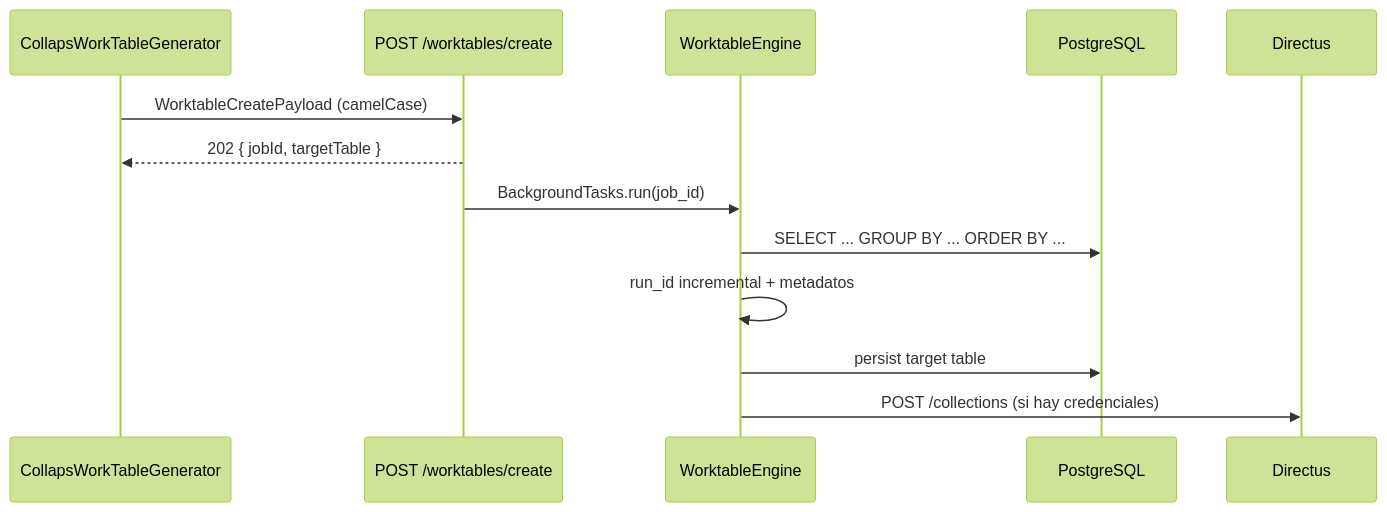
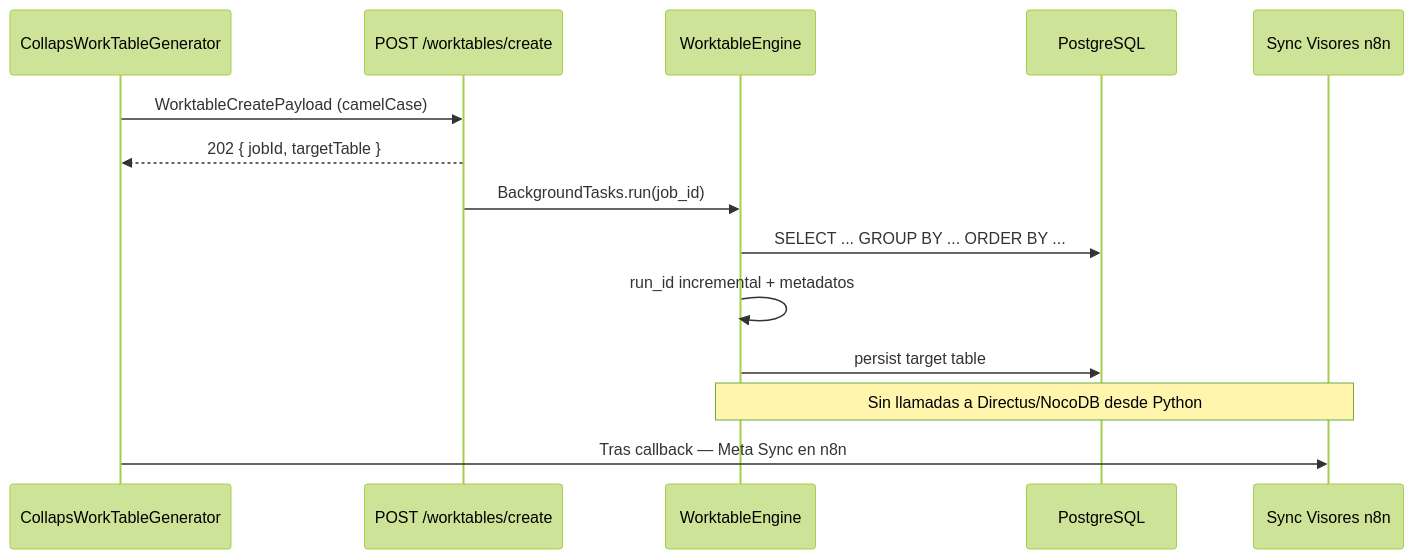
One commit to jgutierrez-kubic/collaps-docs changed the diagram in orquestador/worktables.md. Above: the diagram before and after it, drawn with Mermaid (forest theme). The commit also changed other lines of this file and 12 other files, not shown here.

Commit message:
docs: actualizacion integral de arquitectura (Separation of Concerns, Motor sin CMS, n8n Sync y Manual NocoDB)

````diff
--- a/orquestador/worktables.md
+++ b/orquestador/worktables.md
@@ -73,16 +73,17 @@
 ```mermaid
 sequenceDiagram
   participant N8N as CollapsWorkTableGenerator
   participant API as POST /worktables/create
   participant WT as WorktableEngine
   participant PG as PostgreSQL
-  participant DX as Directus
+  participant Sync as Sync Visores n8n
 
   N8N->>API: WorktableCreatePayload (camelCase)
   API-->>N8N: 202 { jobId, targetTable }
   API->>WT: BackgroundTasks.run(job_id)
   WT->>PG: SELECT ... GROUP BY ... ORDER BY ...
   WT->>WT: run_id incremental + metadatos
   WT->>PG: persist target table
-  WT->>DX: POST /collections (si hay credenciales)
+  Note over WT,Sync: Sin llamadas a Directus/NocoDB desde Python
+  N8N->>Sync: Tras callback — Meta Sync en n8n
 ```
````
